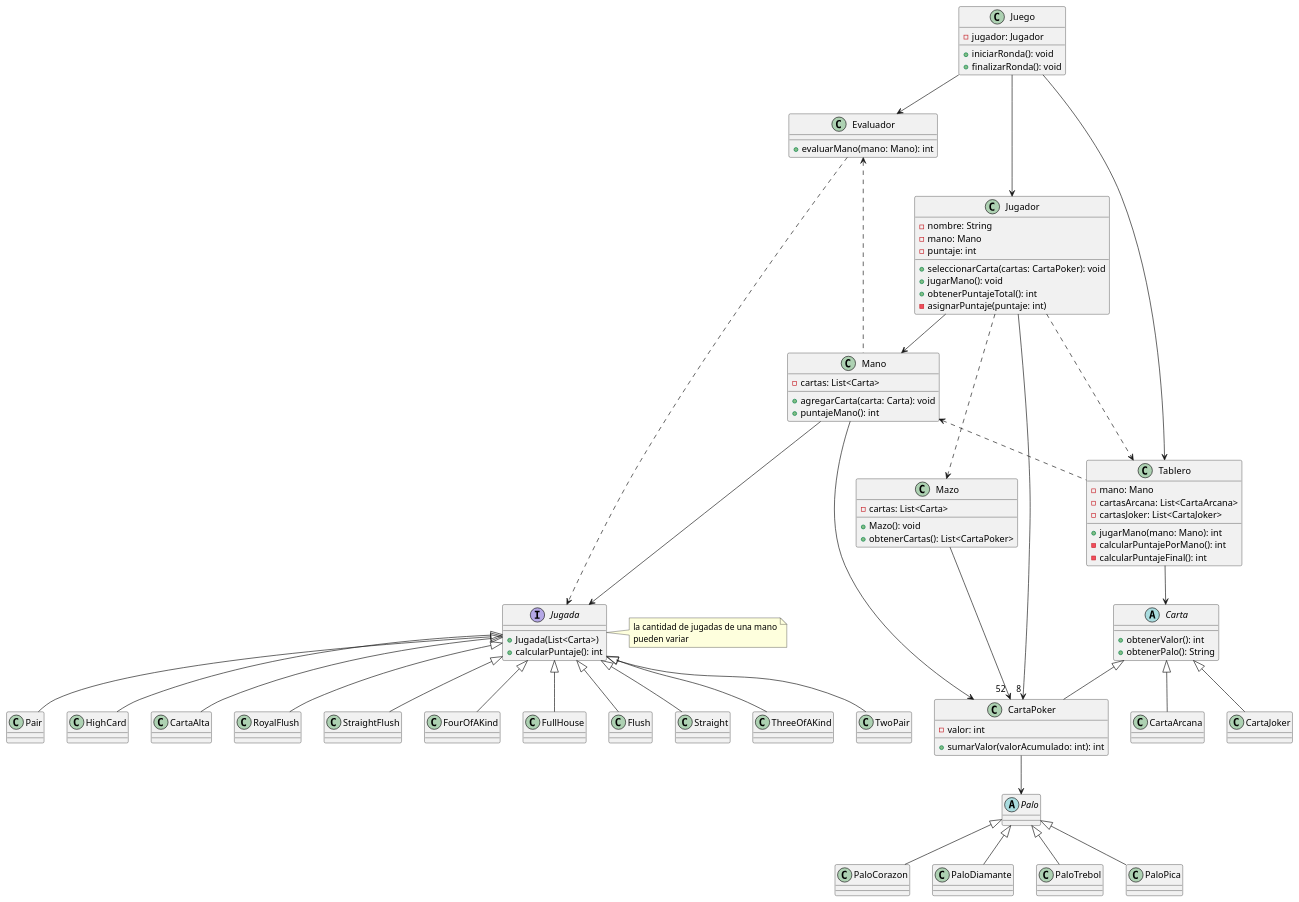
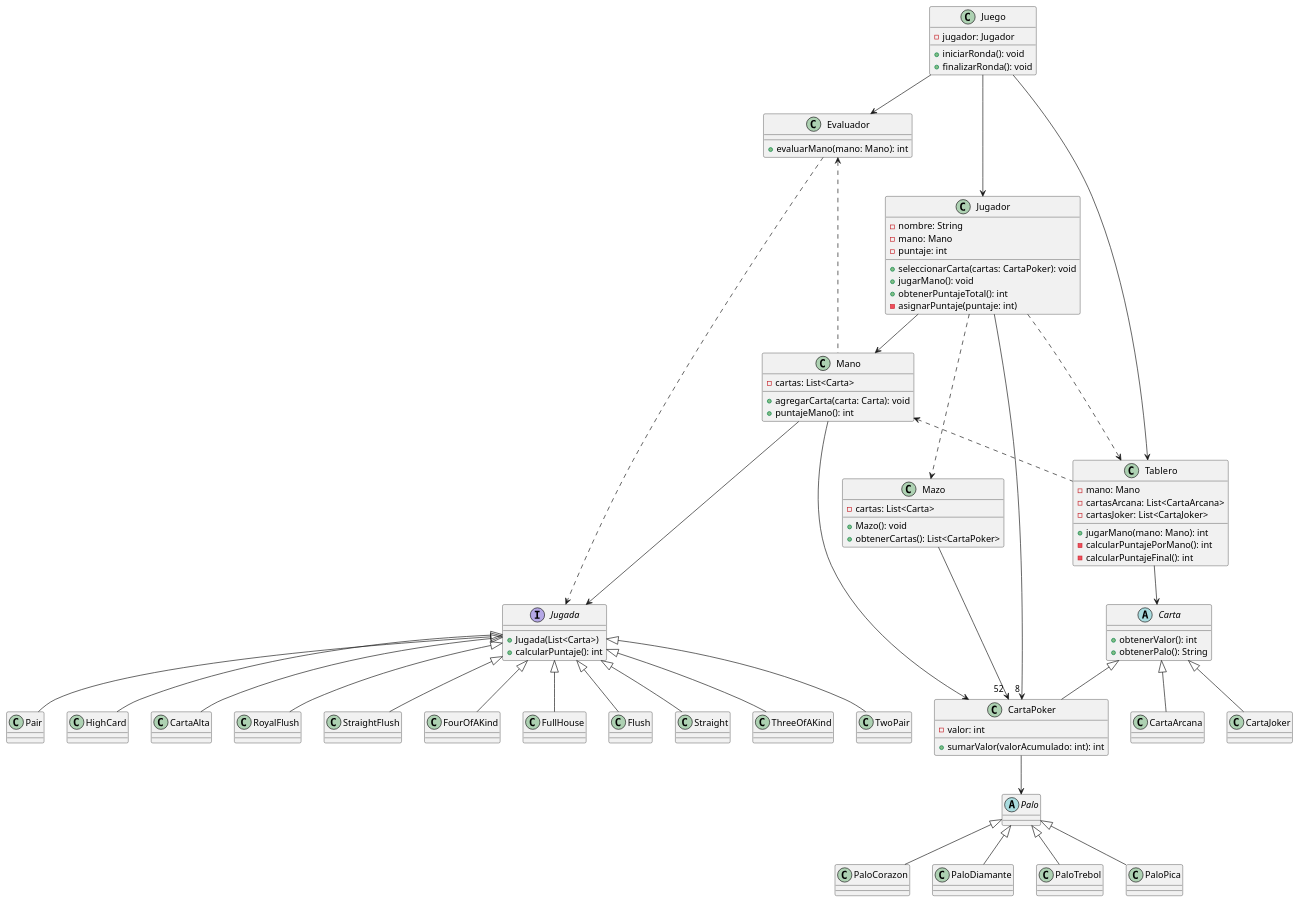
One commit to Cbonchan/Balatro changed the diagram in diagrams/classes/segundaIdea.puml. Above: the diagram before and after it, drawn with PlantUML. The commit also changed 1 other file, not shown here.

Commit message:
cambio en el diagrama

```diff
--- a/diagrams/classes/segundaIdea.puml
+++ b/diagrams/classes/segundaIdea.puml
@@ -1,144 +1,141 @@
 @startuml
 class Juego {
     - jugador: Jugador
     + iniciarRonda(): void
     + finalizarRonda(): void
 }
 
 class Jugador {
     - nombre: String
     - mano: Mano
     - puntaje: int
 
     +seleccionarCarta(cartas: CartaPoker): void
     +jugarMano(): void
     + obtenerPuntajeTotal(): int
 /'
     + obtenerMano(): Mano
 '/
     - asignarPuntaje(puntaje: int)
 
 }
 
 class Mano {
     - cartas: List<Carta>
     + agregarCarta(carta: Carta): void
     + puntajeMano(): int
 }
 
 abstract class Carta {
 
     + obtenerValor(): int
     + obtenerPalo(): String
 }
 
 class CartaPoker extends Carta{
     - valor: int
     +sumarValor(valorAcumulado: int): int
 }
 
 class CartaArcana extends Carta{
 }
 
 class CartaJoker extends Carta{
 }
 
 class Evaluador {
     + evaluarMano(mano: Mano): int
 }
 
 interface Jugada{
     +Jugada(List<Carta>)
     +calcularPuntaje(): int
 }
 
 class CartaAlta extends Jugada{
 }
 
 class RoyalFlush extends Jugada{
 }
 
 class StraightFlush extends Jugada{
 }
 
 class FourOfAKind extends Jugada{
 }
 
 class FullHouse extends Jugada{
 }
 
 class Flush extends Jugada{
 }
 
 class Straight extends Jugada{
 }
 
 class ThreeOfAKind extends Jugada{
 }
 
 class TwoPair extends Jugada{
 }
 
 class Pair extends Jugada{
 }
 
 class HighCard extends Jugada{
 }
 
 
 abstract class Palo{
 }
 
 class PaloCorazon extends Palo{
 }
 
 class PaloDiamante extends Palo{
 }
 
 class PaloTrebol extends Palo{
 }
 
 class PaloPica extends Palo{
 }
 
 class Mazo{
     - cartas: List<Carta>
     +Mazo(): void
     +obtenerCartas(): List<CartaPoker>
 }
 
 class Tablero {
     - mano: Mano
     - cartasArcana: List<CartaArcana>
     - cartasJoker: List<CartaJoker>
     + jugarMano(mano: Mano): int
     - calcularPuntajePorMano(): int
     - calcularPuntajeFinal(): int
 }
 
 /'note right of Carta
     Falta implementar un mazo
     del cual el jugador obtiene
     las cartas al inicio de la ronda
 end note'/
 Jugador --> "8 " CartaPoker
 Evaluador ..> Jugada
 Juego ---> Jugador
 Jugador --> Mano
 Mano --> CartaPoker
 Juego --> Evaluador
 Evaluador <... Mano
 Tablero --> Carta
 Mano <.. Tablero
 Jugador ..> Tablero
-note right of Jugada
-        la cantidad de jugadas de una mano
-        pueden variar
-end note
+
 Mano ---> Jugada
 Juego --> Tablero
 Jugador ..> Mazo
 Mazo --> "52 " CartaPoker
 CartaPoker --> Palo
 
 @enduml
```
